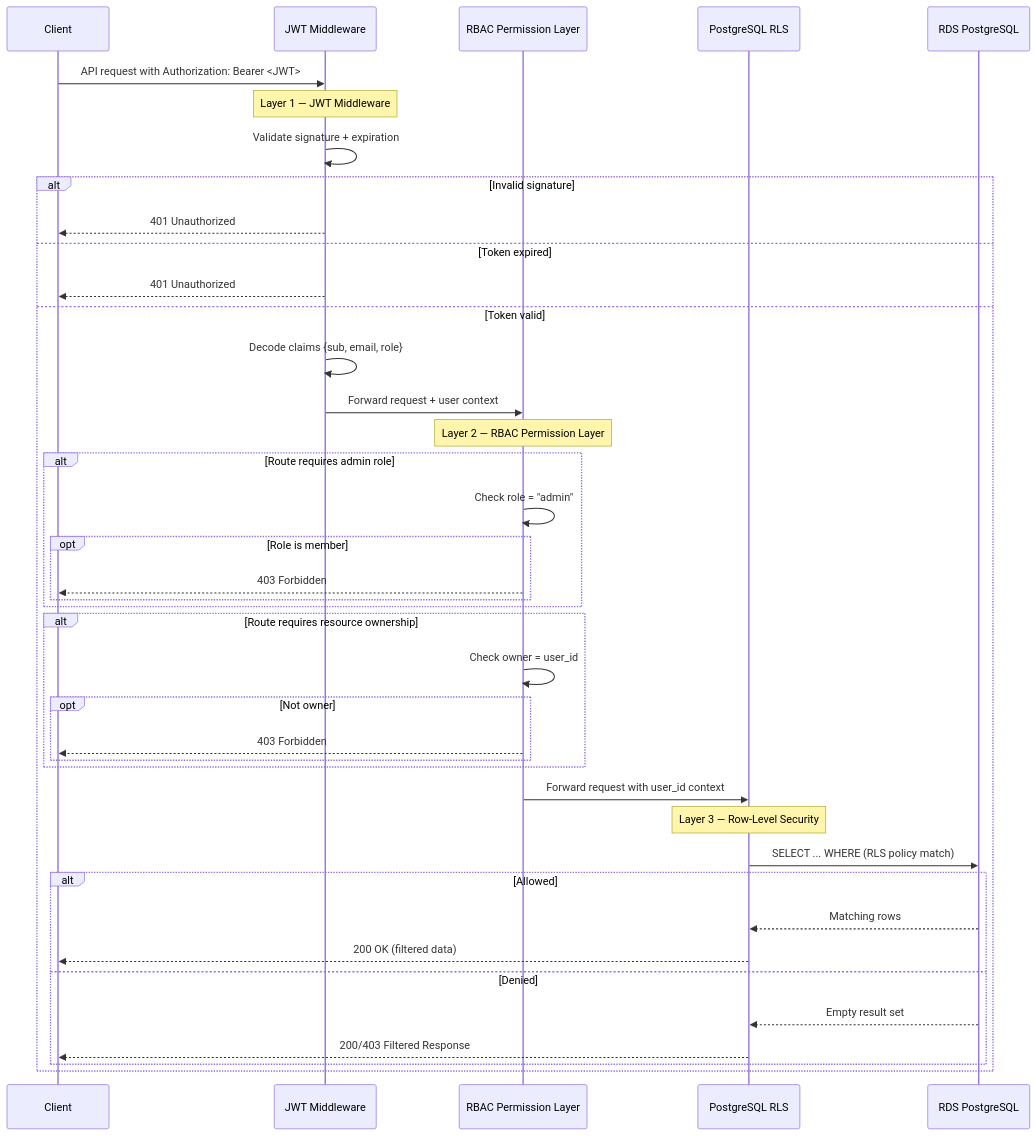
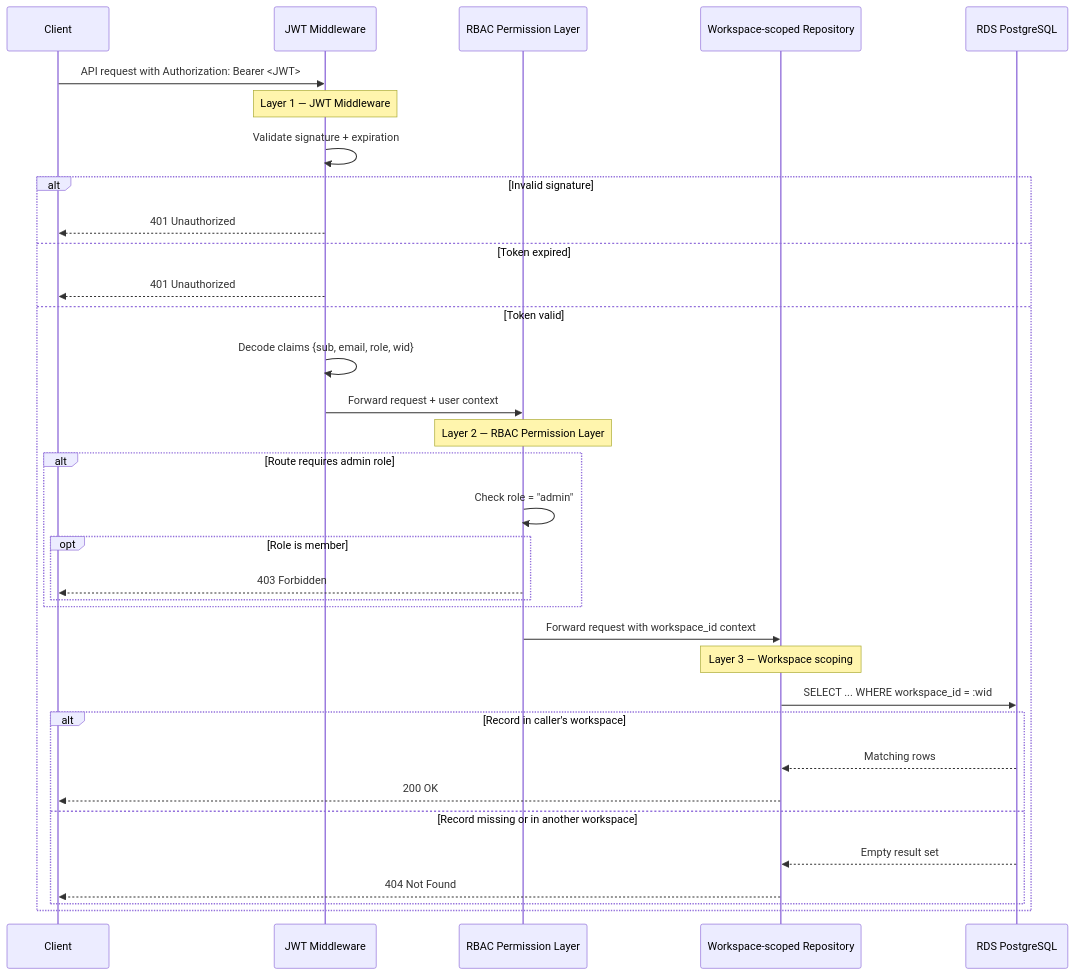
Before and after one commit to alonsovndev/open-projects-hub-docs: the ninth of 13 diagrams in docs/03-architecture/diagrams/sequence-diagrams.md, drawn with Mermaid. The commit also changed other lines of this file and 26 other files, not shown here.

First line of the commit message:
docs: align architecture and ADRs with as-built workspace tenancy

````diff
--- a/docs/03-architecture/diagrams/sequence-diagrams.md
+++ b/docs/03-architecture/diagrams/sequence-diagrams.md
@@ -271,46 +271,40 @@
 ```mermaid
 sequenceDiagram
     participant Client
     participant JWT as JWT Middleware
     participant RBAC as RBAC Permission Layer
-    participant RLS as PostgreSQL RLS
+    participant Repo as Workspace-scoped Repository
     participant DB as RDS PostgreSQL
 
     Client->>JWT: API request with Authorization: Bearer <JWT>
 
     Note over JWT: Layer 1 — JWT Middleware
     JWT->>JWT: Validate signature + expiration
     alt Invalid signature
         JWT-->>Client: 401 Unauthorized
     else Token expired
         JWT-->>Client: 401 Unauthorized
     else Token valid
-        JWT->>JWT: Decode claims {sub, email, role}
+        JWT->>JWT: Decode claims {sub, email, role, wid}
         JWT->>RBAC: Forward request + user context
 
         Note over RBAC: Layer 2 — RBAC Permission Layer
         alt Route requires admin role
             RBAC->>RBAC: Check role = "admin"
             opt Role is member
                 RBAC-->>Client: 403 Forbidden
             end
         end
-        alt Route requires resource ownership
-            RBAC->>RBAC: Check owner = user_id
-            opt Not owner
-                RBAC-->>Client: 403 Forbidden
-            end
-        end
-        RBAC->>RLS: Forward request with user_id context
+        RBAC->>Repo: Forward request with workspace_id context
 
-        Note over RLS: Layer 3 — Row-Level Security
-        RLS->>DB: SELECT ... WHERE (RLS policy match)
-        alt Allowed
-            DB-->>RLS: Matching rows
-            RLS-->>Client: 200 OK (filtered data)
-        else Denied
-            DB-->>RLS: Empty result set
-            RLS-->>Client: 200/403 Filtered Response
+        Note over Repo: Layer 3 — Workspace scoping
+        Repo->>DB: SELECT ... WHERE workspace_id = :wid
+        alt Record in caller's workspace
+            DB-->>Repo: Matching rows
+            Repo-->>Client: 200 OK
+        else Record missing or in another workspace
+            DB-->>Repo: Empty result set
+            Repo-->>Client: 404 Not Found
         end
     end
 ```
````
